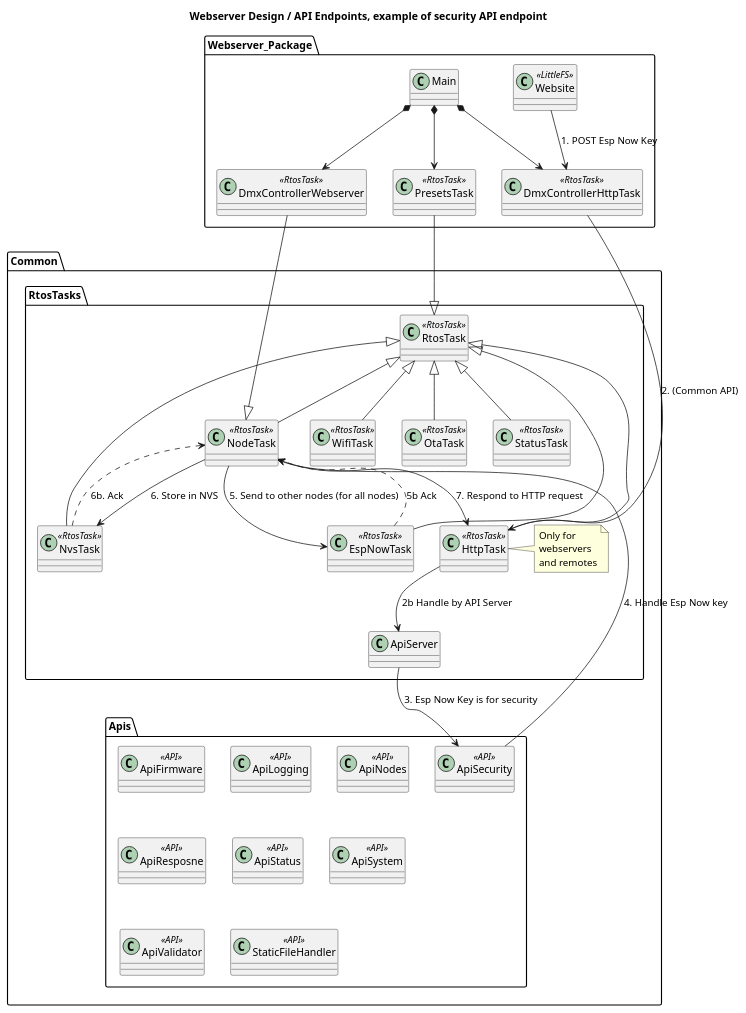
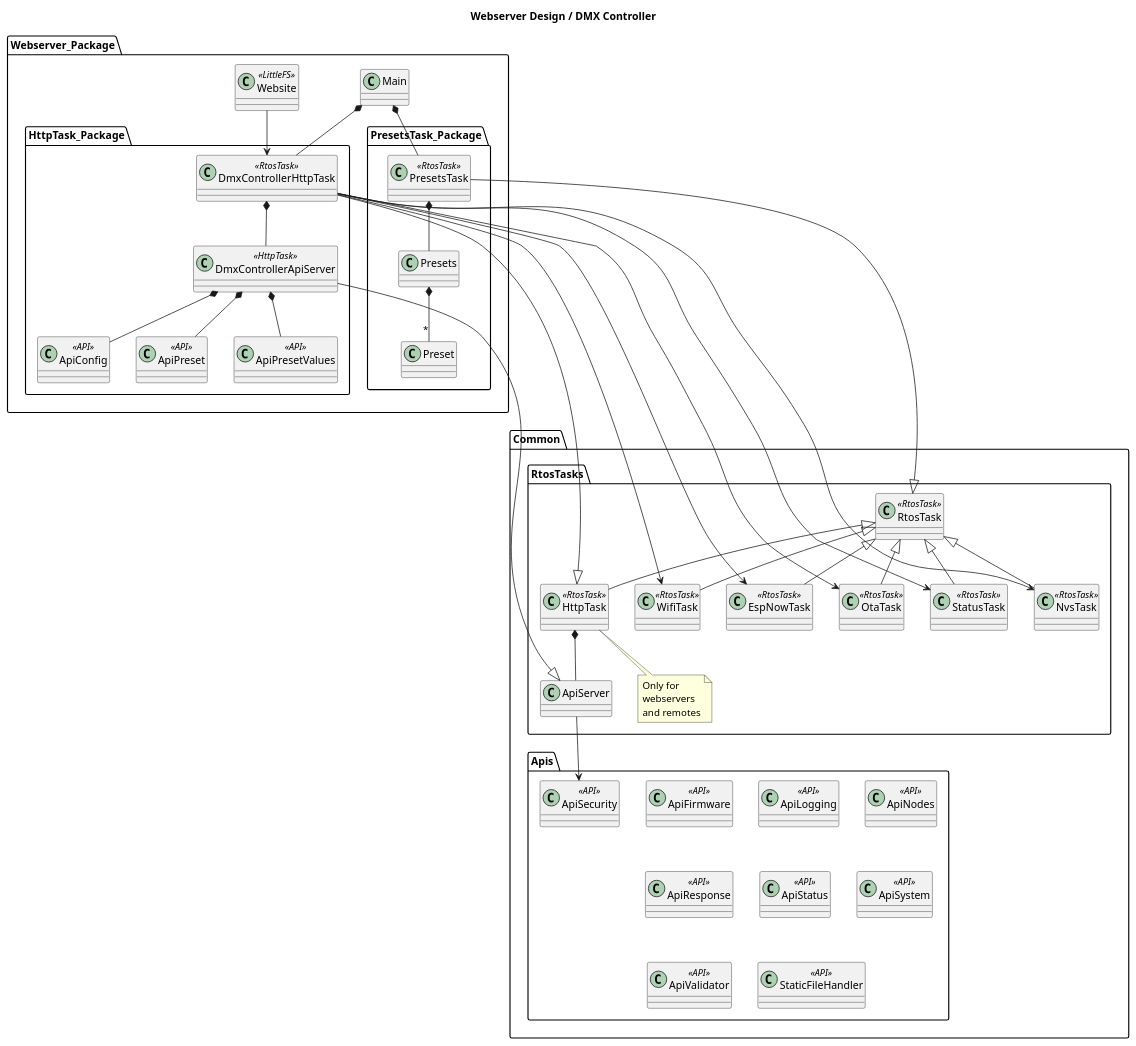
The second of 5 diagrams in docs/requirements_and_dds/nodes/webserver.puml (michelkeijzers/Esp32Framework), drawn with PlantUML before and after one commit. The commit also changed other lines of this file and 11 other files, not shown here.

```diff
--- a/docs/requirements_and_dds/nodes/webserver.puml
+++ b/docs/requirements_and_dds/nodes/webserver.puml
@@ -79,80 +74,101 @@
 @startuml 
 
-title Webserver Design / API Endpoints, example of security API endpoint 
+title Webserver Design / DMX Controller
 
 package Webserver_Package
 {
     class Main {}
-
-    class DmxControllerWebserver <<RtosTask>> {}
-
     class Website <<LittleFS>>
 
-    class DmxControllerHttpTask <<RtosTask>> {}
-    class PresetsTask <<RtosTask>> {}
+    package HttpTask_Package
+    {
+        class DmxControllerHttpTask <<RtosTask>> {}
+        class DmxControllerApiServer <<HttpTask>> {}
 
-    Main *--> DmxControllerWebserver
-    Main *--> DmxControllerHttpTask
-    Main *--> PresetsTask
+        class ApiConfig <<API>> {}
+        class ApiPreset <<API>> {}
+        class ApiPresetValues <<API>> {}
 
-    Website --> DmxControllerHttpTask : 1. POST Esp Now Key
+        DmxControllerHttpTask *-- DmxControllerApiServer
+
+        DmxControllerApiServer *-- ApiConfig
+        DmxControllerApiServer *-- ApiPreset
+        DmxControllerApiServer *-- ApiPresetValues
+    }
+
+    Main *-- DmxControllerHttpTask
+    Website --> DmxControllerHttpTask
+
+    package PresetsTask_Package
+    {
+        class PresetsTask <<RtosTask>> {}
+
+        class Presets {}
+        class Preset {}
+        Presets *-- "*" Preset
+        PresetsTask *-- Presets
+    }
+
+    Main *-- PresetsTask
+
 }
 
 package Common 
 {
     package Apis 
     {
         class ApiSecurity <<API>> {}
         class ApiFirmware <<API>> {}
         class ApiLogging <<API>> {}
         class ApiNodes <<API>> {}
-        class ApiResposne <<API>> {}
+        class ApiResponse <<API>> {}
         class ApiStatus <<API>> {}
         class ApiSystem <<API>> {}
         class ApiValidator <<API>> {}
         class StaticFileHandler <<API>> {}
     }
 
     package RtosTasks
     {
         class RtosTask <<RtosTask>> {}
 
-        class NodeTask <<RtosTask>> {}
         class HttpTask <<RtosTask>> {}
         class ApiServer {}
-        HttpTask --> ApiServer : 2b Handle by API Server
+        HttpTask *-- ApiServer
 
-        note right of HttpTask
+        note bottom of HttpTask
             Only for
             webservers
             and remotes
-        end note        
+        end note    
+
         class WifiTask <<RtosTask>> {}
         class EspNowTask <<RtosTask>> {}
         class OtaTask <<RtosTask>> {}
         class StatusTask <<RtosTask>> {}
         class NvsTask <<RtosTask>> {}
 
-        NodeTask -u-|> RtosTask
         HttpTask -u-|> RtosTask
         WifiTask -u-|> RtosTask
         EspNowTask -u-|> RtosTask
         OtaTask -u-|> RtosTask
         StatusTask -u-|> RtosTask
         NvsTask -u-|> RtosTask
     }
 
-    ApiServer --> ApiSecurity : 3. Esp Now Key is for security
-    ApiSecurity -> NodeTask : 4. Handle Esp Now key
-    NodeTask --> EspNowTask : 5. Send to other nodes (for all nodes)
-    EspNowTask ..> NodeTask: 5b Ack
-    NodeTask --> NvsTask : 6. Store in NVS 
-    NvsTask ..> NodeTask : 6b. Ack
-    NodeTask --> HttpTask : 7. Respond to HTTP request
+    ApiServer --> ApiSecurity
+
+    DmxControllerHttpTask --> EspNowTask
+    DmxControllerHttpTask --> StatusTask
+    DmxControllerHttpTask --> WifiTask
+    DmxControllerHttpTask --> OtaTask
+    DmxControllerHttpTask --> NvsTask
+
 }
 
-DmxControllerWebserver --|> NodeTask
-DmxControllerHttpTask --> HttpTask : 2. (Common API)
 PresetsTask --|> RtosTask
 
+DmxControllerHttpTask -----|> HttpTask
+DmxControllerApiServer --|> ApiServer
+
 @enduml
```
